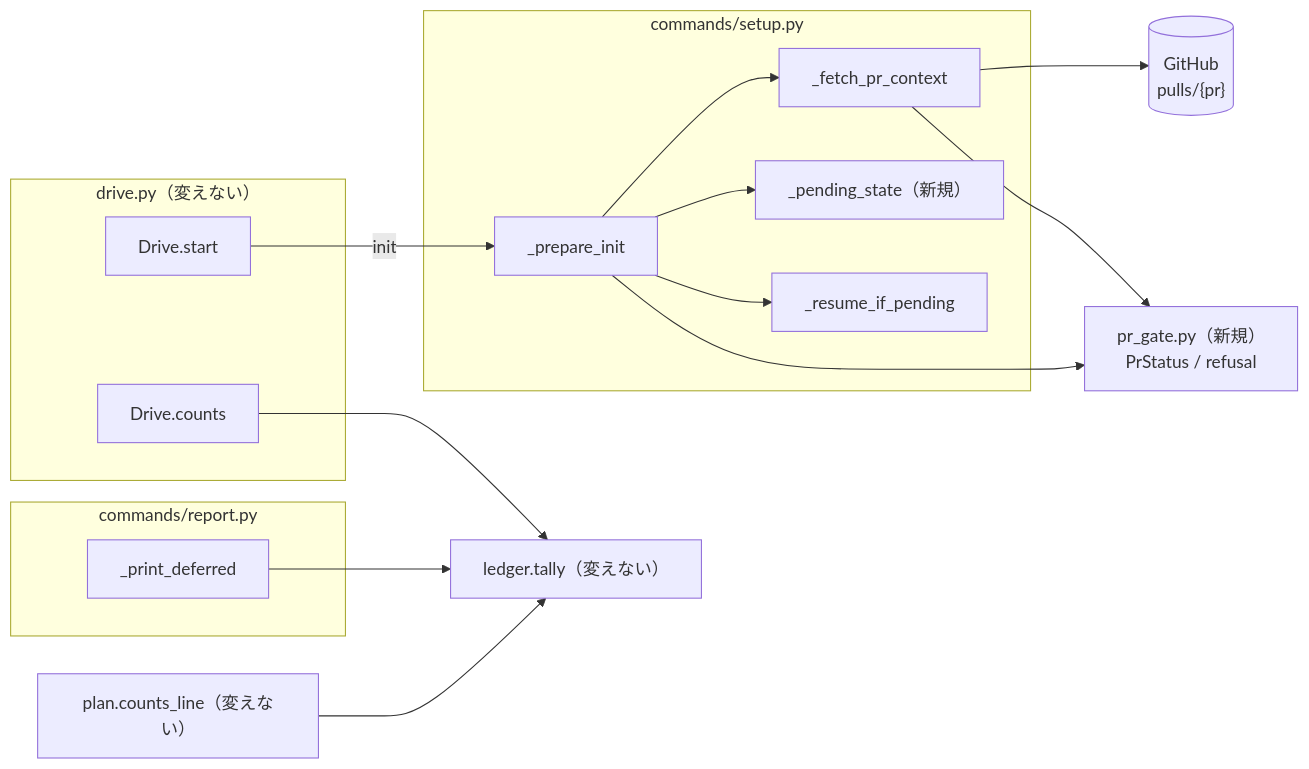
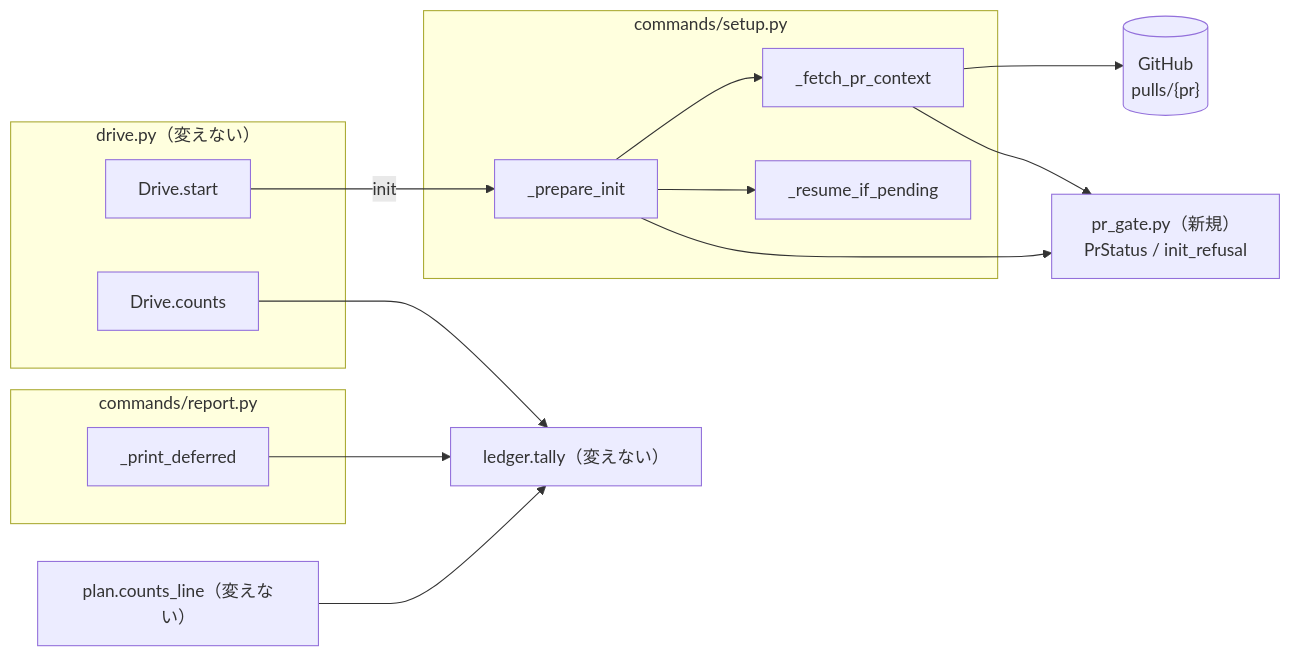
Before and after one commit to devbasex/ai-plugins: the third of 6 diagrams in issues/issue-1658-design.md, drawn with Mermaid. The commit also changed other lines of this file and 8 other files, not shown here.

````diff
--- a/issues/issue-1658-design.md
+++ b/issues/issue-1658-design.md
@@ -129,30 +130,28 @@
 ```mermaid
 graph LR
     subgraph drive["drive.py（変えない）"]
         start["Drive.start"]
         counts["Drive.counts"]
     end
     subgraph setup["commands/setup.py"]
         fetch["_fetch_pr_context"]
-        pending["_pending_state（新規）"]
         prep["_prepare_init"]
         resume["_resume_if_pending"]
     end
-    gate["pr_gate.py（新規）<br/>PrStatus / refusal"]
+    gate["pr_gate.py（新規）<br/>PrStatus / init_refusal"]
     subgraph report["commands/report.py"]
         pdef["_print_deferred"]
     end
     ledger["ledger.tally（変えない）"]
     plan["plan.counts_line（変えない）"]
     gh[("GitHub<br/>pulls/{pr}")]
     start -->|init| prep
     prep --> fetch
     fetch --> gh
     fetch --> gate
-    prep --> pending
     prep --> gate
     prep --> resume
     counts --> ledger
     pdef --> ledger
     plan --> ledger
 ```
````
